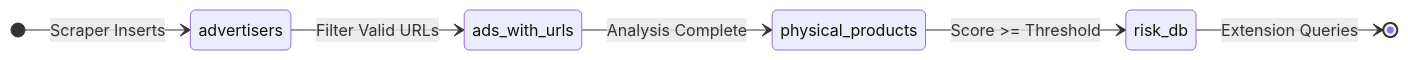
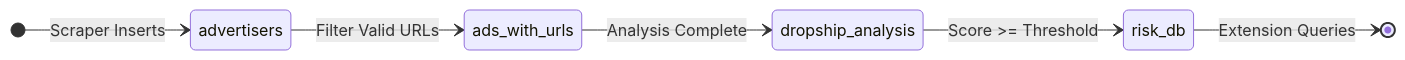
The sixth of 6 diagrams in docs/architecture.md (Rani-Maman/Adora), drawn with Mermaid before and after one commit. The commit also changed other lines of this file and 2 other files, not shown here.

Commit message:
docs: update schema, pipeline, architecture to match current system

````diff
--- a/docs/architecture.md
+++ b/docs/architecture.md
@@ -179,15 +179,15 @@
 ```mermaid
 stateDiagram-v2
     direction LR
     
     state "advertisers" as ADV
     state "ads_with_urls" as ADS
-    state "physical_products" as PP
+    state "dropship_analysis" as DA
     state "risk_db" as RISK
-    
+
     [*] --> ADV: Scraper Inserts
     ADV --> ADS: Filter Valid URLs
-    ADS --> PP: Analysis Complete
-    PP --> RISK: Score >= Threshold
+    ADS --> DA: Analysis Complete
+    DA --> RISK: Score >= Threshold
     RISK --> [*]: Extension Queries
 ```
````
